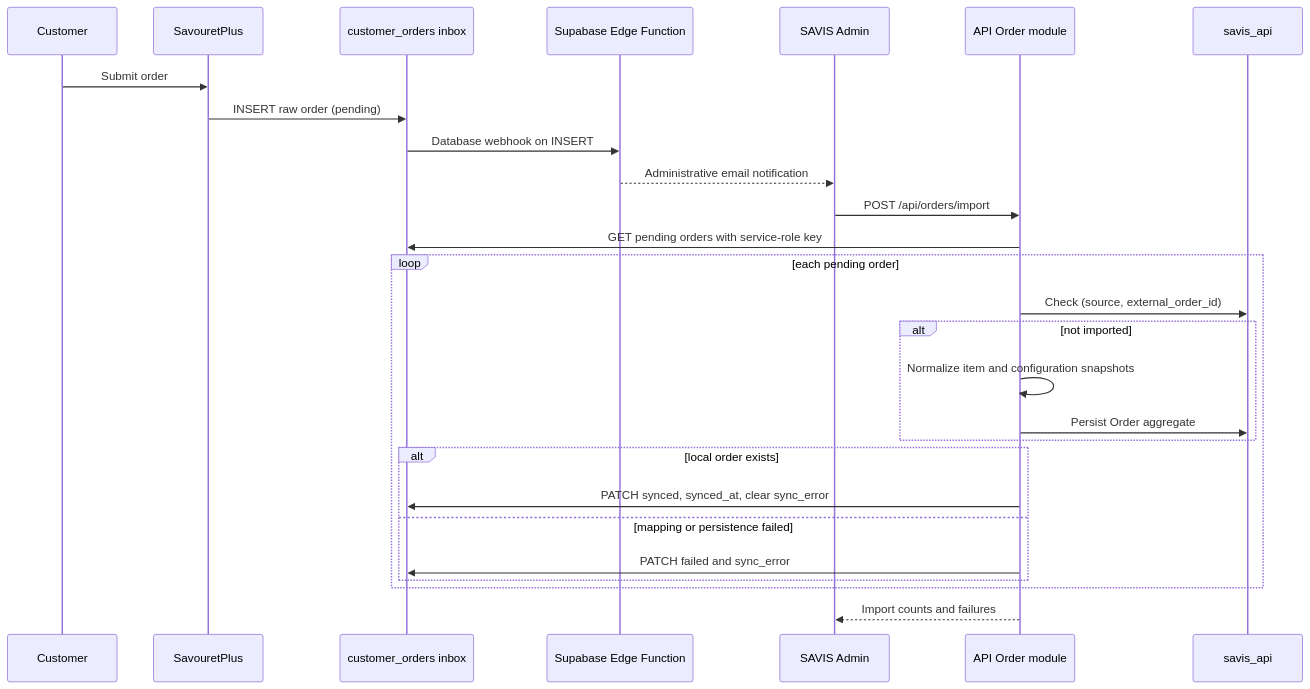
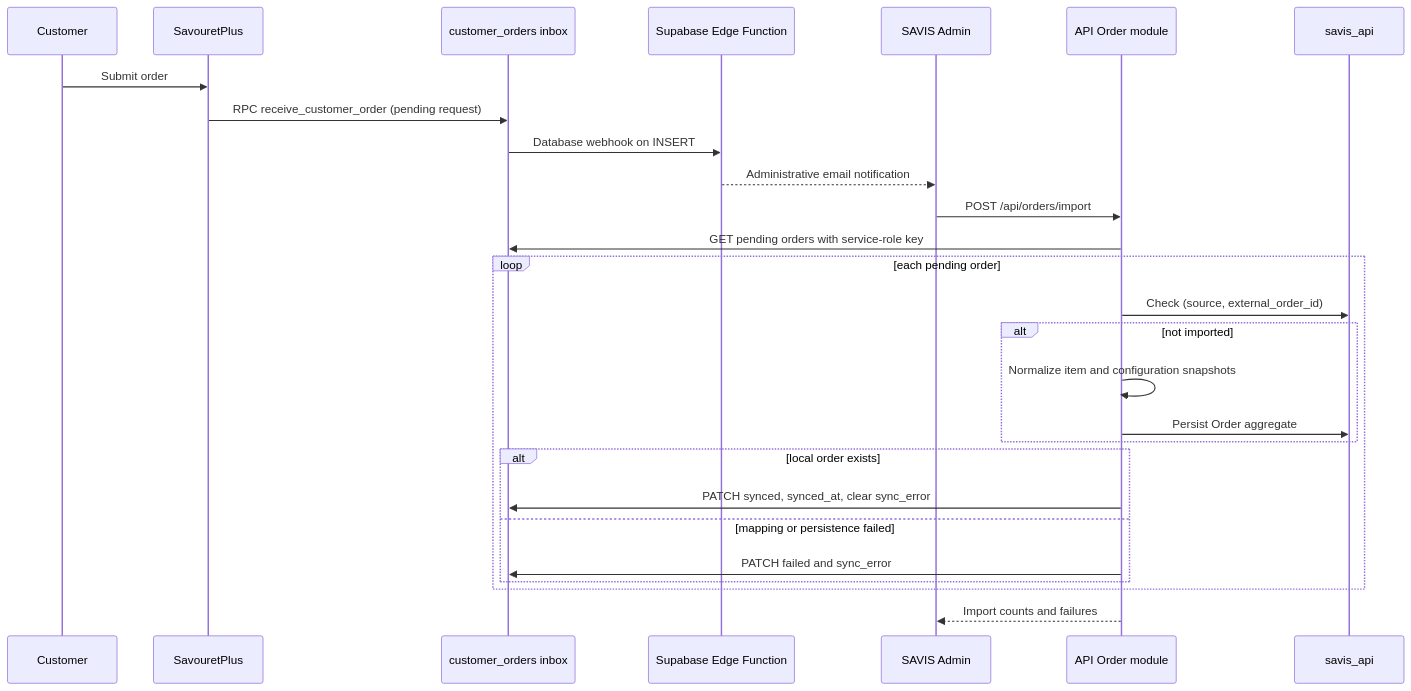
One commit to wiljeanlouis/savis changed diagram 16 of 20 in docs/ARCHITECTURE.md. Above: the diagram before and after it, drawn with Mermaid. The commit also changed 6 other files, not shown here.

First line of the commit message:
feat: implement secure RPC for receiving customer orders with idempotency checks

````diff
--- a/docs/ARCHITECTURE.md
+++ b/docs/ARCHITECTURE.md
@@ -836,30 +836,30 @@
 ```mermaid
 sequenceDiagram
   participant Customer as Customer
   participant Storefront as SavouretPlus
   participant Supabase as customer_orders inbox
   participant Notify as Supabase Edge Function
   participant Admin as SAVIS Admin
   participant Orders as API Order module
   participant PgApi as savis_api
 
   Customer->>Storefront: Submit order
-  Storefront->>Supabase: INSERT raw order (pending)
+  Storefront->>Supabase: RPC receive_customer_order (pending request)
   Supabase->>Notify: Database webhook on INSERT
   Notify-->>Admin: Administrative email notification
   Admin->>Orders: POST /api/orders/import
   Orders->>Supabase: GET pending orders with service-role key
   loop each pending order
     Orders->>PgApi: Check (source, external_order_id)
     alt not imported
       Orders->>Orders: Normalize item and configuration snapshots
       Orders->>PgApi: Persist Order aggregate
     end
     alt local order exists
       Orders->>Supabase: PATCH synced, synced_at, clear sync_error
     else mapping or persistence failed
       Orders->>Supabase: PATCH failed and sync_error
     end
   end
   Orders-->>Admin: Import counts and failures
 ```
````
